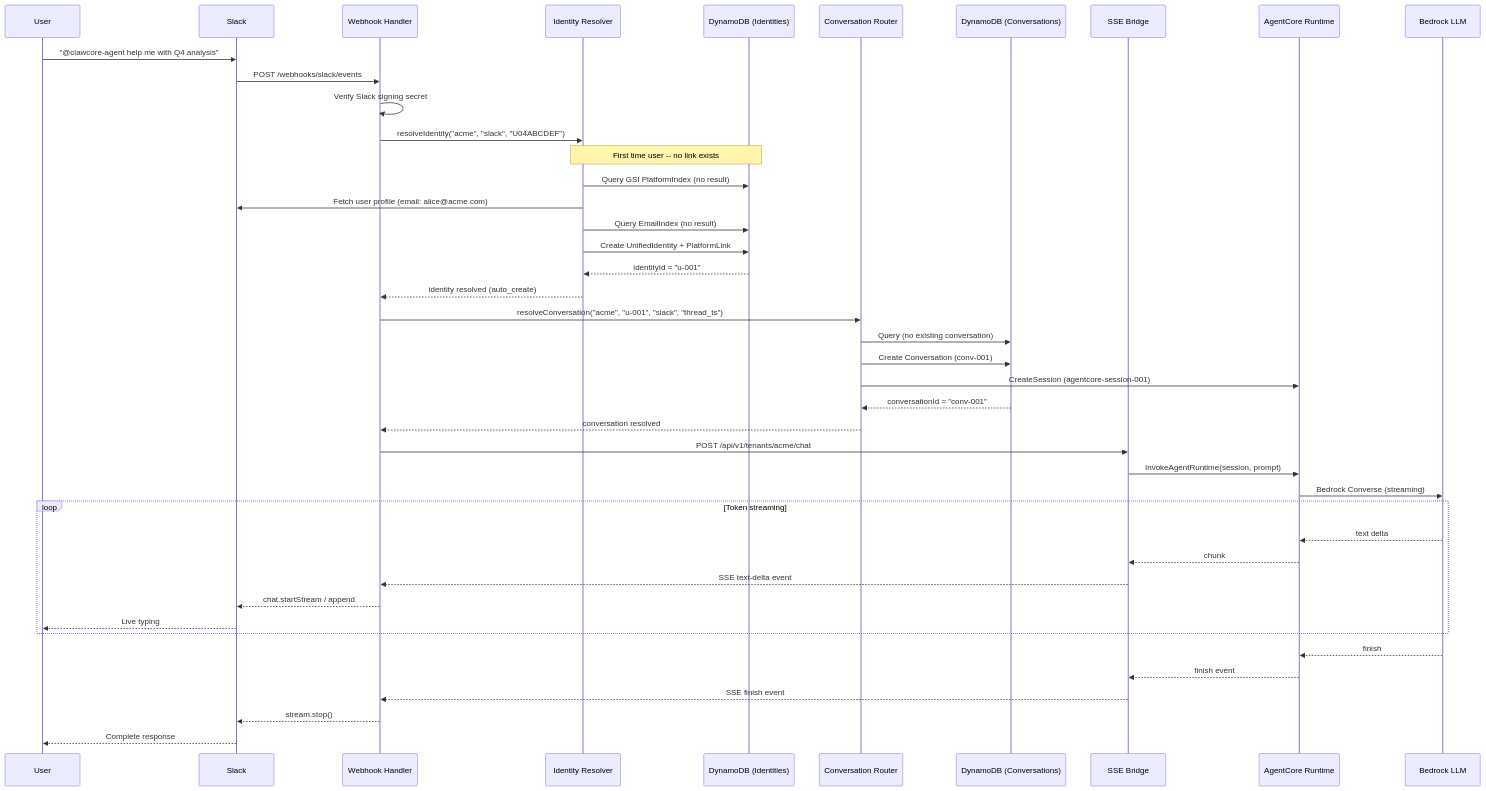
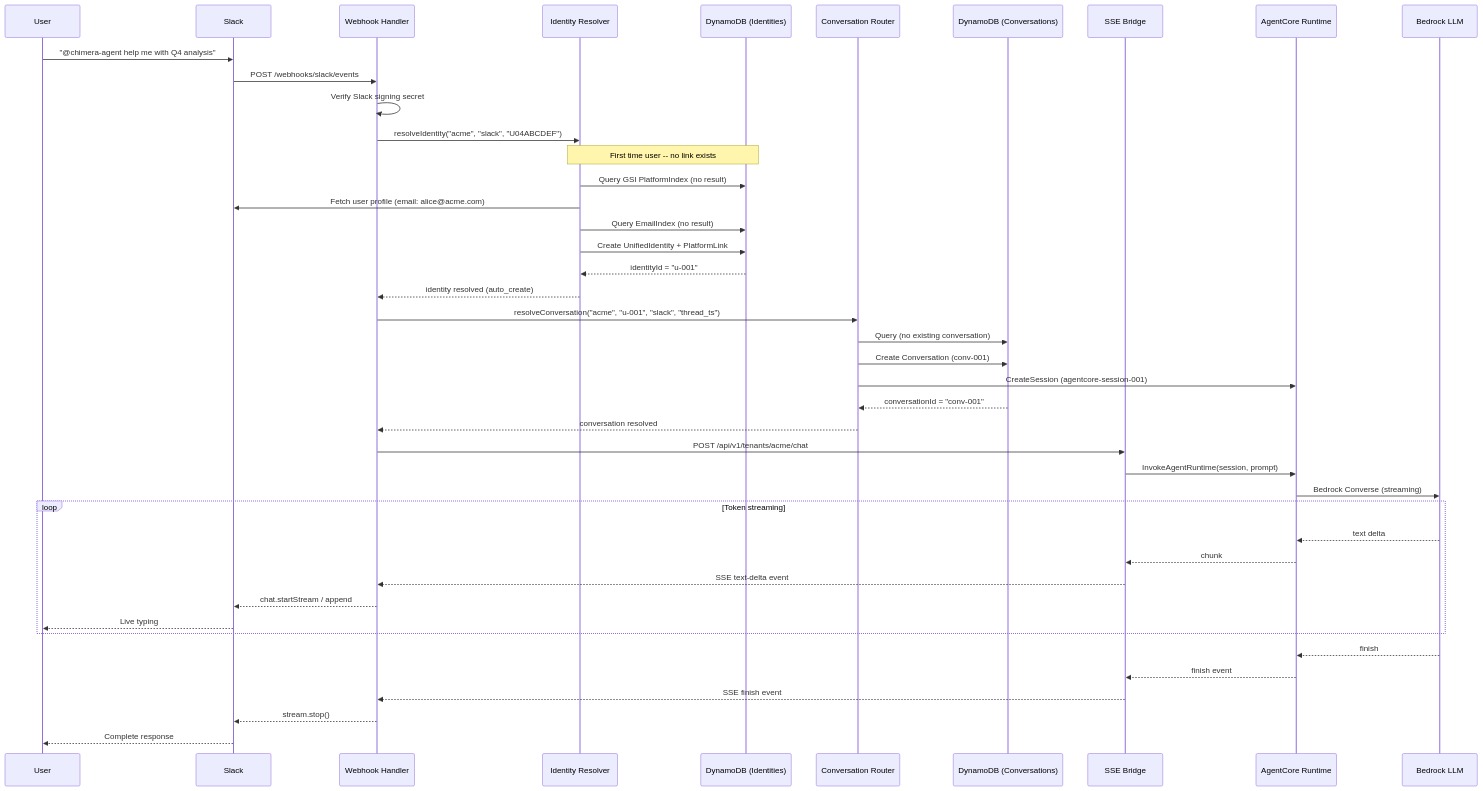
One commit to Codeseys-Labs/chimera changed the fourth of 7 diagrams in docs/research/enhancement/03-Cross-Platform-Identity-Chat-Routing.md. Above: the diagram before and after it, drawn with Mermaid. The commit also changed other lines of this file and 40 other files, not shown here.

````diff
--- a/docs/research/enhancement/03-Cross-Platform-Identity-Chat-Routing.md
+++ b/docs/research/enhancement/03-Cross-Platform-Identity-Chat-Routing.md
@@ -1921,51 +1921,51 @@
 ```mermaid
 sequenceDiagram
     participant U as User
     participant S as Slack
     participant WH as Webhook Handler
     participant IR as Identity Resolver
     participant DB as DynamoDB (Identities)
     participant CR as Conversation Router
     participant CDB as DynamoDB (Conversations)
     participant SSE as SSE Bridge
     participant AC as AgentCore Runtime
     participant LLM as Bedrock LLM
 
-    U->>S: "@clawcore-agent help me with Q4 analysis"
+    U->>S: "@chimera-agent help me with Q4 analysis"
     S->>WH: POST /webhooks/slack/events
     WH->>WH: Verify Slack signing secret
     WH->>IR: resolveIdentity("acme", "slack", "U04ABCDEF")
 
     Note over IR,DB: First time user -- no link exists
     IR->>DB: Query GSI PlatformIndex (no result)
     IR->>S: Fetch user profile (email: alice@acme.com)
     IR->>DB: Query EmailIndex (no result)
     IR->>DB: Create UnifiedIdentity + PlatformLink
     DB-->>IR: identityId = "u-001"
     IR-->>WH: identity resolved (auto_create)
 
     WH->>CR: resolveConversation("acme", "u-001", "slack", "thread_ts")
     CR->>CDB: Query (no existing conversation)
     CR->>CDB: Create Conversation (conv-001)
     CR->>AC: CreateSession (agentcore-session-001)
     CDB-->>CR: conversationId = "conv-001"
     CR-->>WH: conversation resolved
 
     WH->>SSE: POST /api/v1/tenants/acme/chat
     SSE->>AC: InvokeAgentRuntime(session, prompt)
     AC->>LLM: Bedrock Converse (streaming)
 
     loop Token streaming
         LLM-->>AC: text delta
         AC-->>SSE: chunk
         SSE-->>WH: SSE text-delta event
         WH-->>S: chat.startStream / append
         S-->>U: Live typing
     end
 
     LLM-->>AC: finish
     AC-->>SSE: finish event
     SSE-->>WH: SSE finish event
     WH-->>S: stream.stop()
     S-->>U: Complete response
 ```
````
